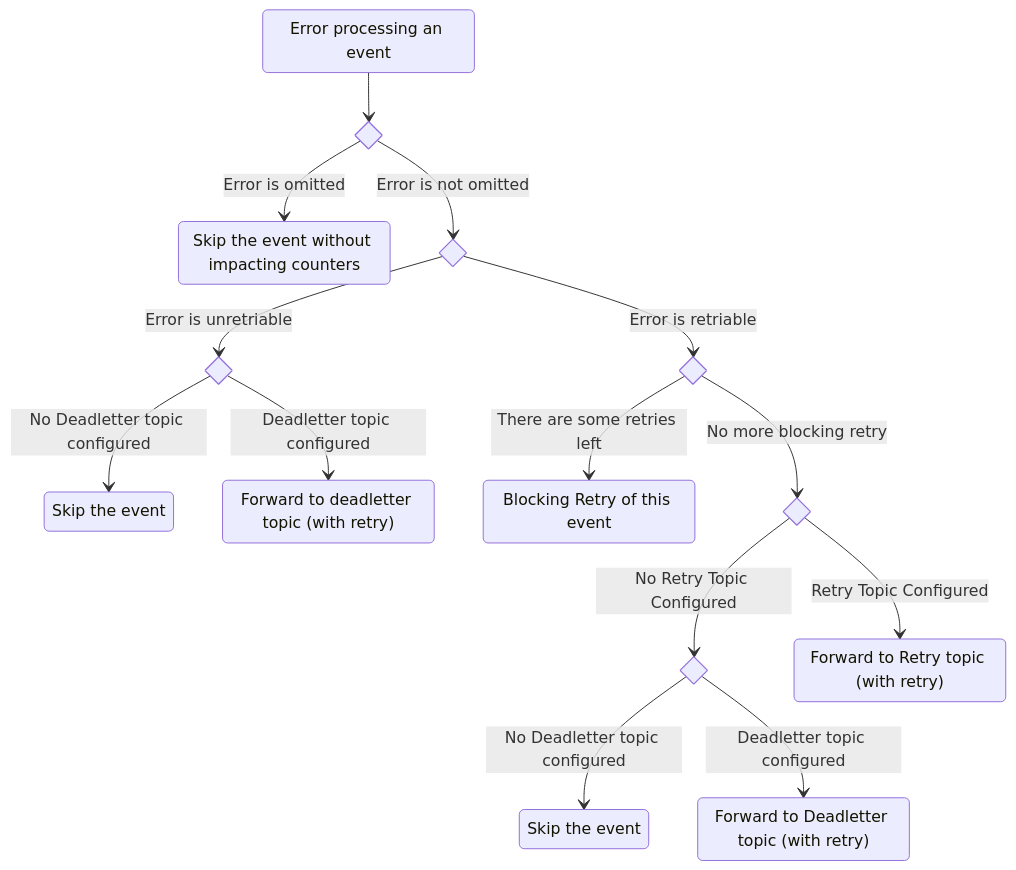
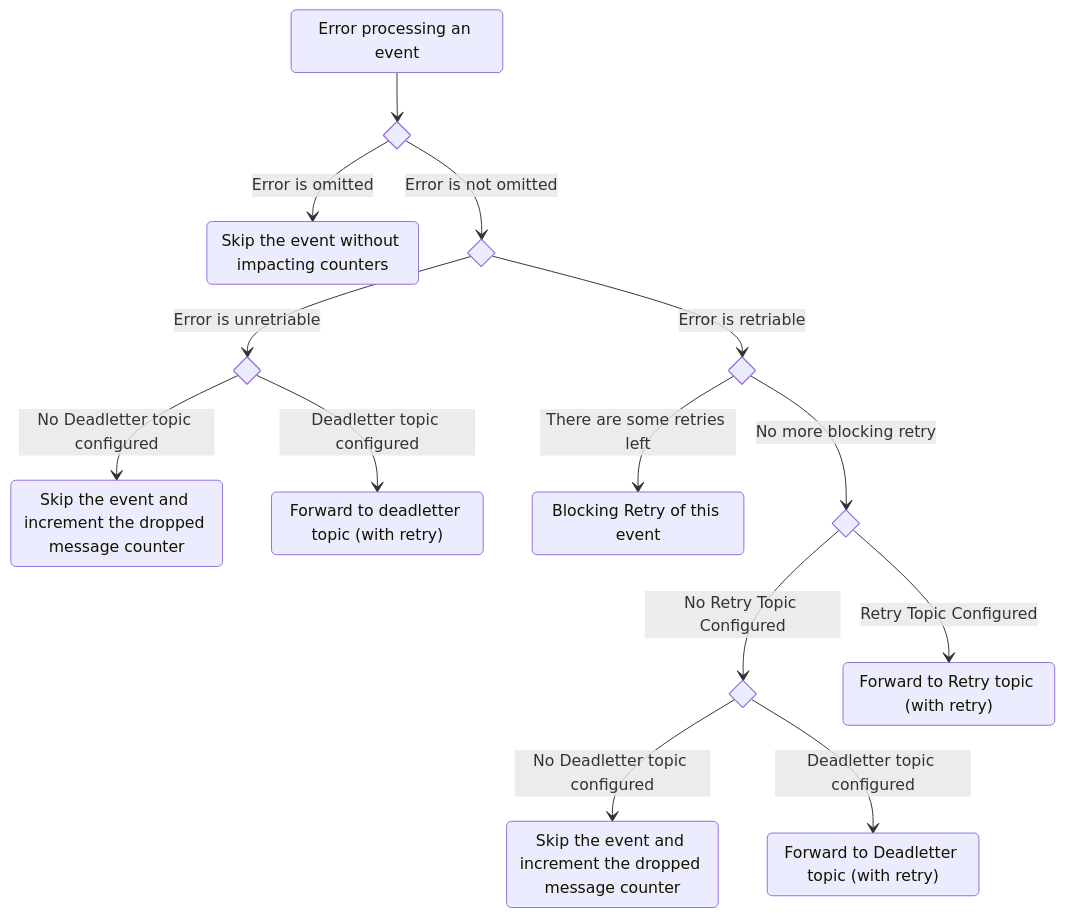
Before and after one commit to ricardo-ch/go-kafka: the diagram in README.md, drawn with Mermaid. The commit also changed other lines of this file and 3 other files, not shown here.

````diff
--- a/README.md
+++ b/README.md
@@ -67,33 +67,33 @@
 ```mermaid
 stateDiagram-v2
 
 init: Error processing an event
 state is_omitable_err <<choice>>
 skipWithoutCounting: Skip the event without impacting counters
 state is_retriable_err <<choice>>
 state is_deadletter_configured <<choice>>
-skip: Skip the event
+skip: Skip the event and increment the dropped message counter
 forwardDL: Forward to deadletter topic (with retry)
 state should_retry <<choice>>
 blocking_retry : Blocking Retry of this event
 state is_retry_topic_configured <<choice>>
 state is_deadletter_configured2 <<choice>>
 forwardRQ: Forward to Retry topic (with retry)
-skip2: Skip the event
+skip2: Skip the event and increment the dropped message counter
 defaultDL: Forward to Deadletter topic (with retry)
 
 init --> is_omitable_err
 is_omitable_err --> skipWithoutCounting: Error is omitted
 is_omitable_err --> is_retriable_err: Error is not omitted
 is_retriable_err --> is_deadletter_configured: Error is unretriable
 is_retriable_err --> should_retry: Error is retriable
 should_retry --> blocking_retry: There are some retries left
 should_retry --> is_retry_topic_configured : No more blocking retry
-is_deadletter_configured --> skip: No Deadletter topic configured
+is_deadletter_configured --> skip: No Deadletter topic configured 
 is_deadletter_configured --> forwardDL: Deadletter topic configured
 is_retry_topic_configured --> forwardRQ: Retry Topic Configured
 is_retry_topic_configured --> is_deadletter_configured2: No Retry Topic Configured
 is_deadletter_configured2 --> skip2: No Deadletter topic configured
 is_deadletter_configured2 --> defaultDL: Deadletter topic configured 
 
 ```
````
